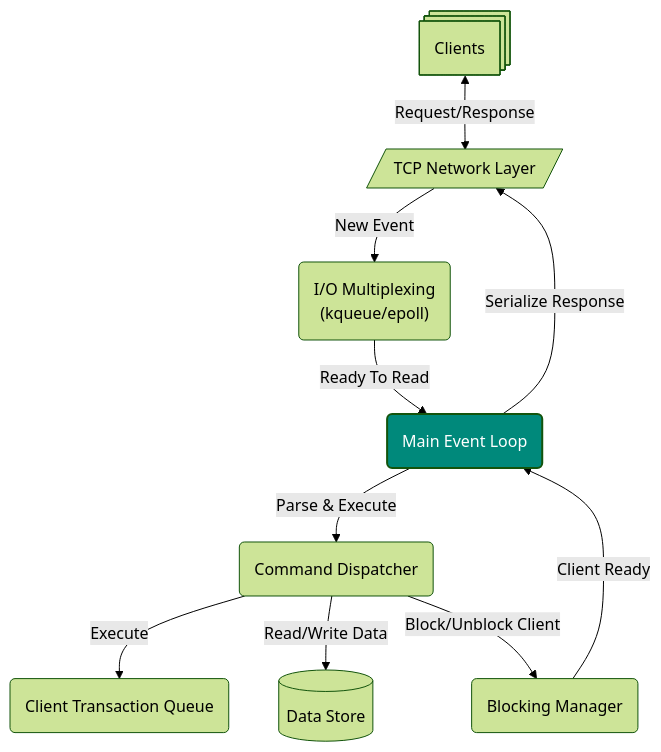
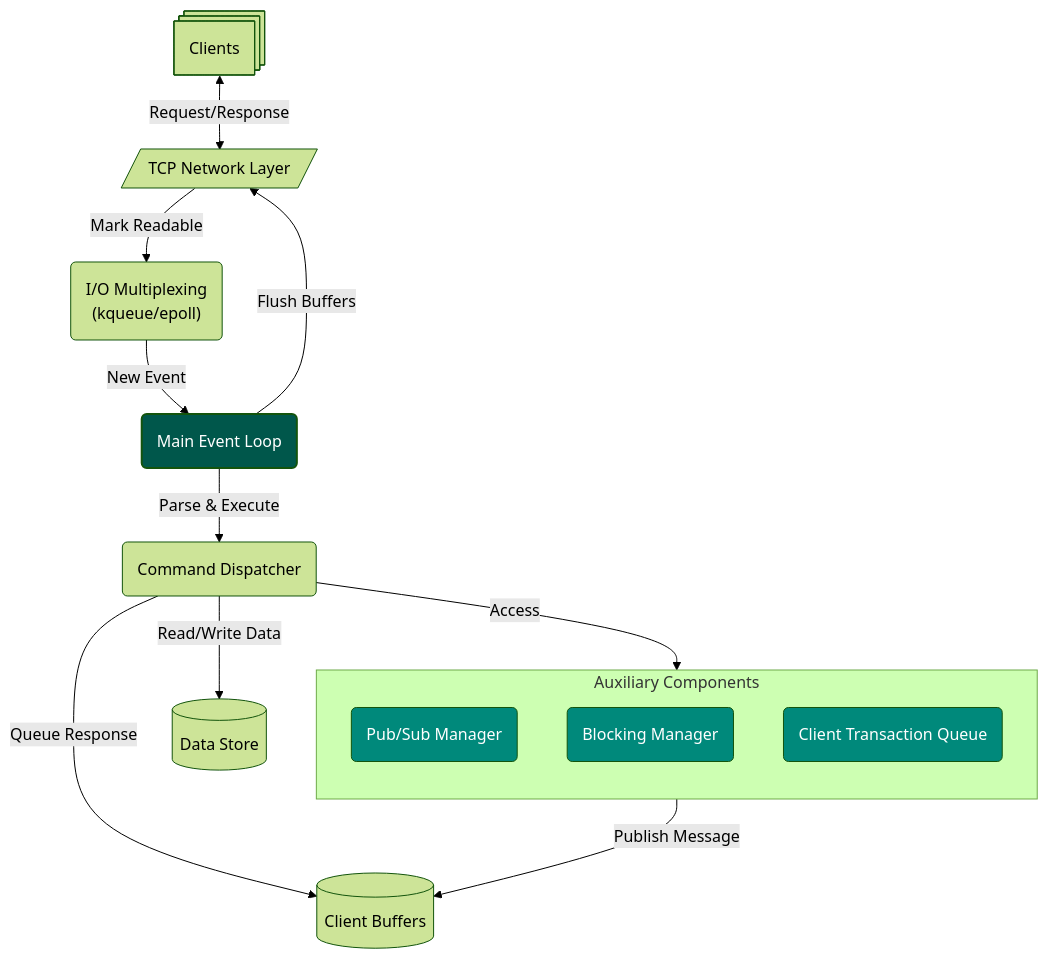
The diagram in README.md (zorridge/redis), drawn with Mermaid (forest theme) before and after one commit. The commit also changed other lines of this file, not shown here.

````diff
--- a/README.md
+++ b/README.md
@@ -7,29 +7,39 @@
 ```mermaid
 flowchart TB
-    %% Define Nodes with Appropriate Shapes
-    A@{ shape: processes, label: "Clients" }
-    B@{ shape: lean-r, label: "TCP Network Layer" }
-    C@{ shape: rounded, label: "I/O Multiplexing\n(kqueue/epoll)" }
-    D@{ shape: rounded, label: "Main Event Loop" }
-    E@{ shape: rounded, label: "Command Dispatcher" }
-    F@{ shape: database, label: "Data Store" }
-    G@{ shape: rounded, label: "Blocking Manager" }
-    H@{ shape: rounded, label: "Client Transaction Queue" }
+    clients@{ shape: processes, label: "Clients" }
+    tcp_layer@{ shape: lean-r, label: "TCP Network Layer" }
+    io_multiplexing@{ shape: rounded, label: "I/O Multiplexing\n(kqueue/epoll)" }
+    main_event_loop@{ shape: rounded, label: "Main Event Loop" }
+    command_dispatcher@{ shape: rounded, label: "Command Dispatcher" }
+    client_buffers@{ shape: cylinder, label: "Client Buffers" }
+    data_store@{ shape: database, label: "Data Store" }
+
+    subgraph aux["Auxiliary Components"]
+        direction TB
+        pubsub_manager@{ shape: rounded, label: "Pub/Sub Manager" }
+        blocking_manager@{ shape: rounded, label: "Blocking Manager" }
+        client_tx_queue@{ shape: rounded, label: "Client Transaction Queue" }
+    end
 
     %% Request Lifecycle
-    A <-- Request/Response --> B
-    B -- "New Event" --> C
-    C -- "Ready To Read" --> D
-    D -- "Parse & Execute" --> E
-    E -- "Execute" --> H
-    E -- "Read/Write Data" --> F
-    E -- "Block/Unblock Client" --> G
+    clients <-- Request/Response --> tcp_layer
+    tcp_layer -- "Mark Readable" --> io_multiplexing
+    io_multiplexing -- "New Event" --> main_event_loop
+    main_event_loop -- "Parse & Execute" --> command_dispatcher
+    command_dispatcher -- "Queue Response" --> client_buffers
+    command_dispatcher -- "Read/Write Data" --> data_store
+    command_dispatcher -- "Access" --> aux
+    pubsub_manager -- "Publish Message" --> client_buffers
+
 
     %% Response Lifecycle
-    G -- "Client Ready" --> D
-    D -- "Serialize Response" --> B
+    main_event_loop -- "Flush Buffers" --> tcp_layer
 
-    %% Highlighting Core Components
-    classDef core fill:#00897b,stroke-width:2px,color:#fff;
-    D:::core
+    classDef core fill:#00574b,stroke-width:2px,color:#fff;
+    main_event_loop:::core
+
+    classDef auxiliary fill:#00897b,stroke-width:1px,color:#fff;
+    pubsub_manager:::auxiliary
+    client_tx_queue:::auxiliary
+    blocking_manager:::auxiliary
 ```
````
